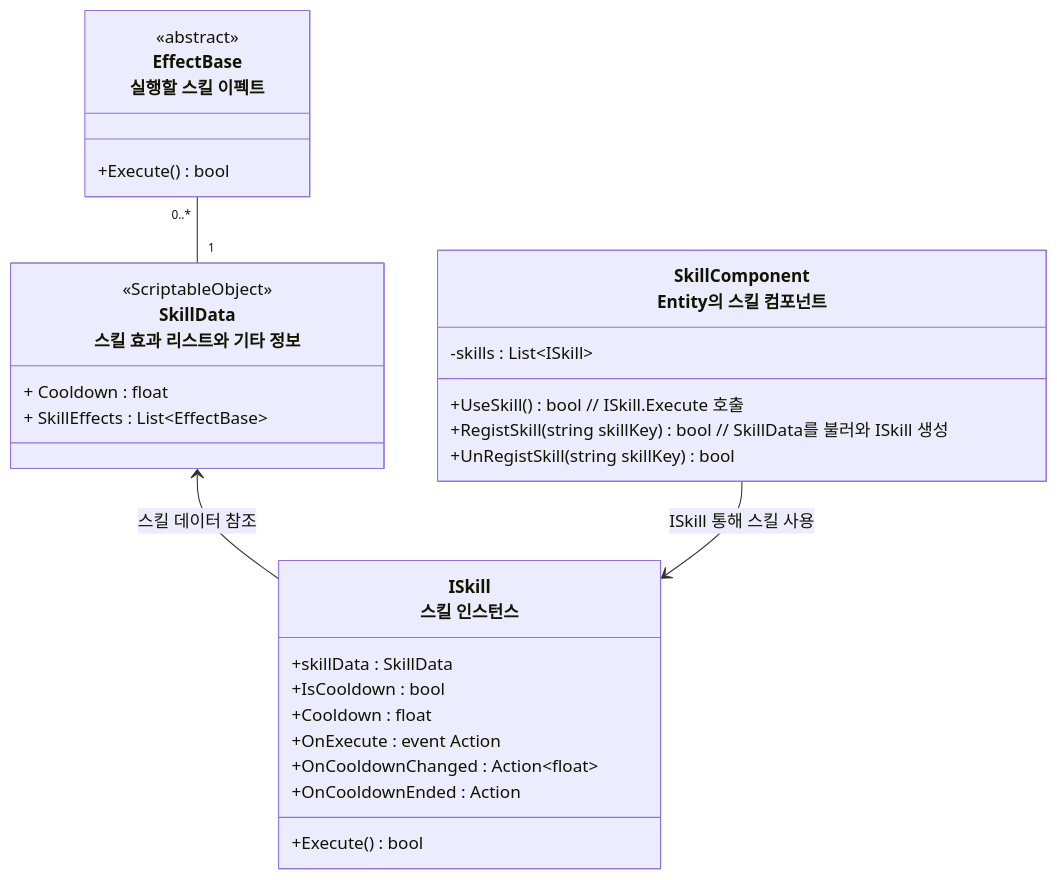
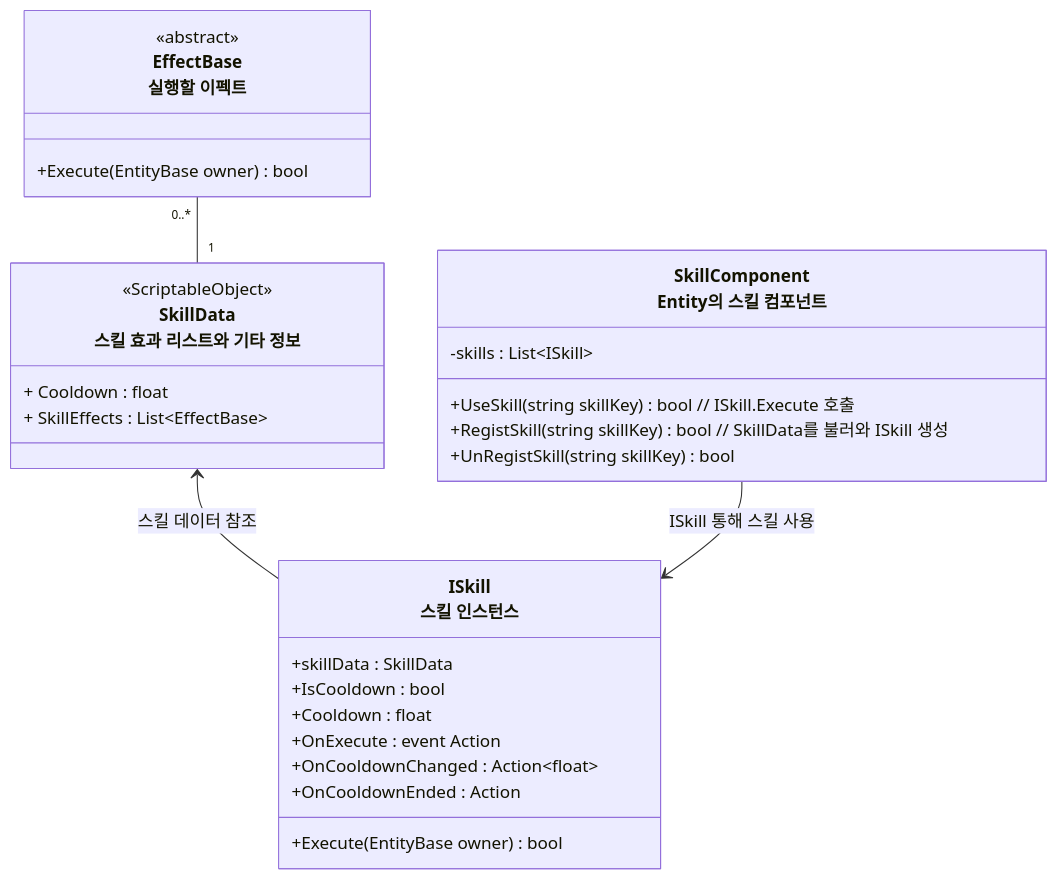
Before and after one commit to JIN5EOK/DungeonShooter: the first of 2 diagrams in Assets/_README/스킬시스템_설계.md, drawn with Mermaid. The commit also changed other lines of this file, not shown here.

````diff
--- a/Assets/_README/스킬시스템_설계.md
+++ b/Assets/_README/스킬시스템_설계.md
@@ -7,33 +7,33 @@
 ```mermaid
 classDiagram
-    class EffectBase["EffectBase<br>실행할 스킬 이펙트"]{
+    class EffectBase["EffectBase<br>실행할 이펙트"]{
         <<abstract>>
-        +Execute() bool
+        +Execute(EntityBase owner) bool
     }
     
     class SkillData["SkillData<br>스킬 효과 리스트와 기타 정보"]{
         <<ScriptableObject>>
         + Cooldown : float
         + SkillEffects : List~EffectBase~
     }
 
     class ISkill["ISkill<br>스킬 인스턴스"]{
         +skillData : SkillData
         +IsCooldown : bool
         +Cooldown : float
         +OnExecute : event Action
         +OnCooldownChanged : Action~float~
         +OnCooldownEnded : Action
-        +Execute() bool
+        +Execute(EntityBase owner) bool
     }
 
     class SkillComponent["SkillComponent<br>Entity의 스킬 컴포넌트"]{
         -skills : List~ISkill~
-        +UseSkill() bool // ISkill.Execute 호출
+        +UseSkill(string skillKey) bool // ISkill.Execute 호출
         +RegistSkill(string skillKey) bool // SkillData를 불러와 ISkill 생성 
         +UnRegistSkill(string skillKey) bool
     }
     SkillData <-- ISkill : 스킬 데이터 참조
     EffectBase "0..*"--"1" SkillData
     SkillComponent --> ISkill  : ISkill 통해 스킬 사용
 ```
````
